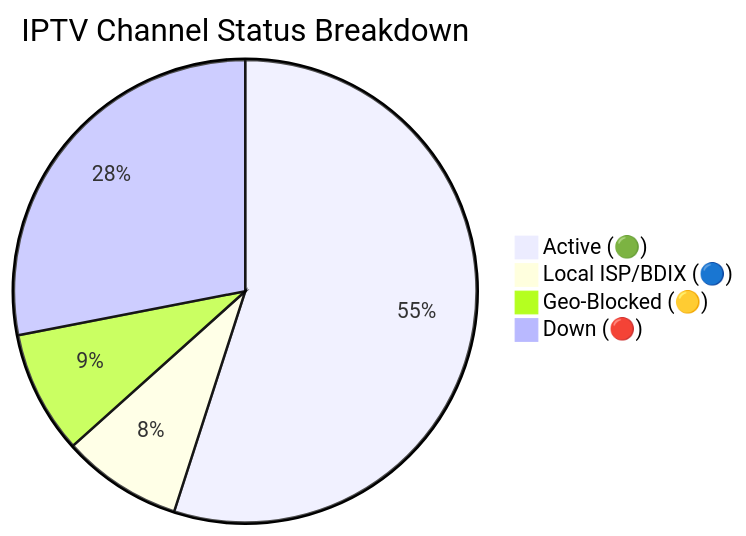
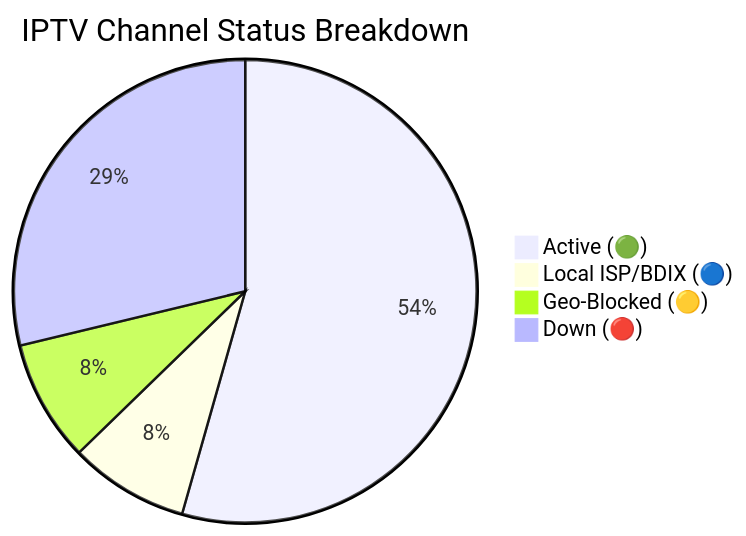
Before and after one commit to Zaman-Topu/Ip-tv-Collection: the diagram in README.md, drawn with Mermaid. The commit also changed other lines of this file and 6 other files, not shown here.

````diff
--- a/README.md
+++ b/README.md
@@ -149,7 +149,7 @@
 ```mermaid
 pie title IPTV Channel Status Breakdown
-    "Active (🟢)" : 10646
-    "Local ISP/BDIX (🔵)" : 1626
-    "Geo-Blocked (🟡)" : 1663
-    "Down (🔴)" : 5432
+    "Active (🟢)" : 10529
+    "Local ISP/BDIX (🔵)" : 1614
+    "Geo-Blocked (🟡)" : 1643
+    "Down (🔴)" : 5569
 ```
````
